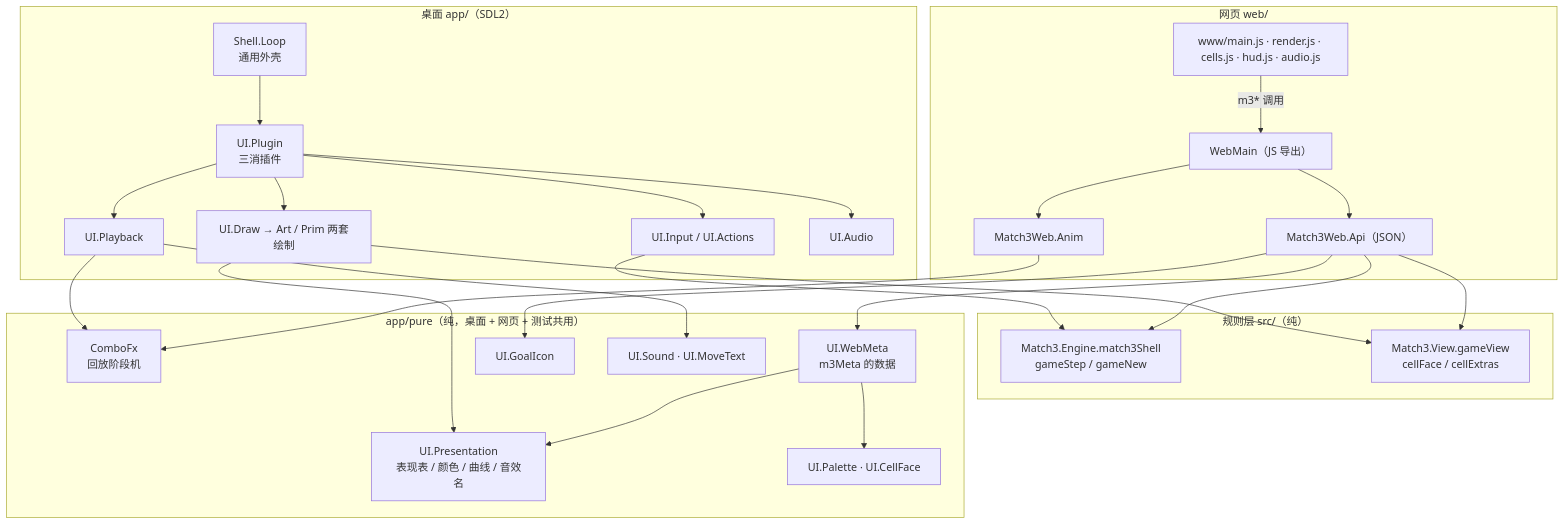
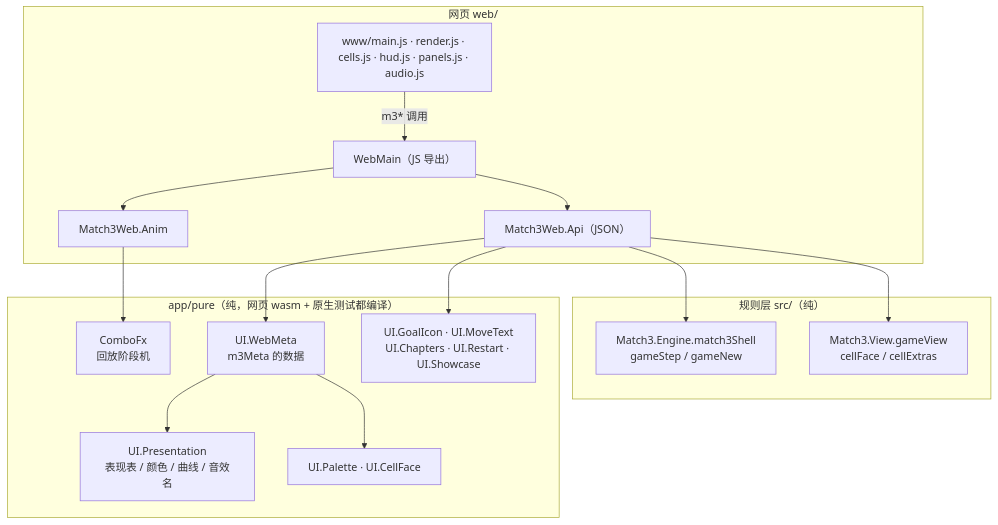
Before and after one commit to exsabersac/match3: the diagram in docs/guide/05-前端.md, drawn with Mermaid. The commit also changed other lines of this file and 27 other files, not shown here.

````diff
--- a/docs/guide/05-前端.md
+++ b/docs/guide/05-前端.md
@@ -8,39 +9,26 @@
 ```mermaid
 flowchart TB
   subgraph rules["规则层 src/（纯）"]
     Shell3["Match3.Engine.match3Shell<br/>gameStep / gameNew"]
     View["Match3.View.gameView<br/>cellFace / cellExtras"]
   end
-  subgraph pure["app/pure（纯，桌面 + 网页 + 测试共用）"]
+  subgraph pure["app/pure（纯，网页 wasm + 原生测试都编译）"]
     Combo["ComboFx<br/>回放阶段机"]
     Pres["UI.Presentation<br/>表现表 / 颜色 / 曲线 / 音效名"]
     Pal["UI.Palette · UI.CellFace"]
     Meta["UI.WebMeta<br/>m3Meta 的数据"]
-    Icon["UI.GoalIcon"]
-    Snd["UI.Sound · UI.MoveText"]
-  end
-  subgraph desk["桌面 app/（SDL2）"]
-    Loop["Shell.Loop<br/>通用外壳"] --> Plug["UI.Plugin<br/>三消插件"]
-    Plug --> Inp["UI.Input / UI.Actions"]
-    Plug --> Pb["UI.Playback"]
-    Plug --> Drw["UI.Draw → Art / Prim 两套绘制"]
-    Plug --> Aud["UI.Audio"]
+    Icon["UI.GoalIcon · UI.MoveText<br/>UI.Chapters · UI.Restart · UI.Showcase"]
   end
   subgraph web["网页 web/"]
     WM["WebMain（JS 导出）"] --> Api["Match3Web.Api（JSON）"]
     WM --> Anim["Match3Web.Anim"]
-    JS["www/main.js · render.js · cells.js · hud.js · audio.js"] -->|"m3* 调用"| WM
+    JS["www/main.js · render.js · cells.js · hud.js · panels.js · audio.js"] -->|"m3* 调用"| WM
   end
-  Inp --> Shell3
-  Drw --> View
-  Pb --> Combo
-  Pb --> Snd
-  Drw --> Pres
   Api --> Shell3
   Api --> View
   Api --> Meta
   Api --> Icon
   Anim --> Combo
   Meta --> Pres
   Meta --> Pal
 ```
````
